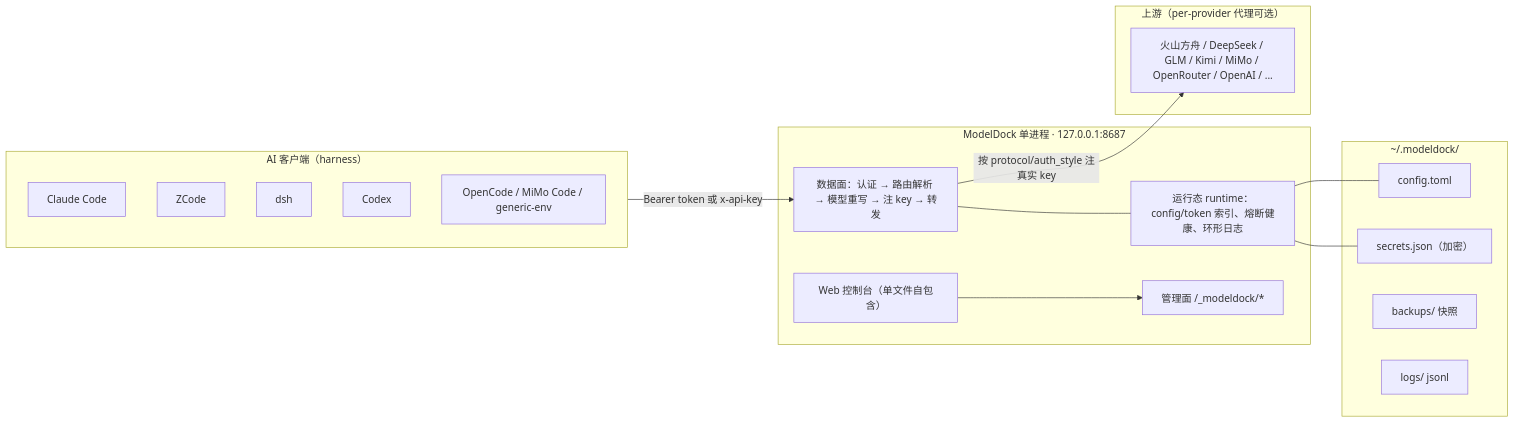
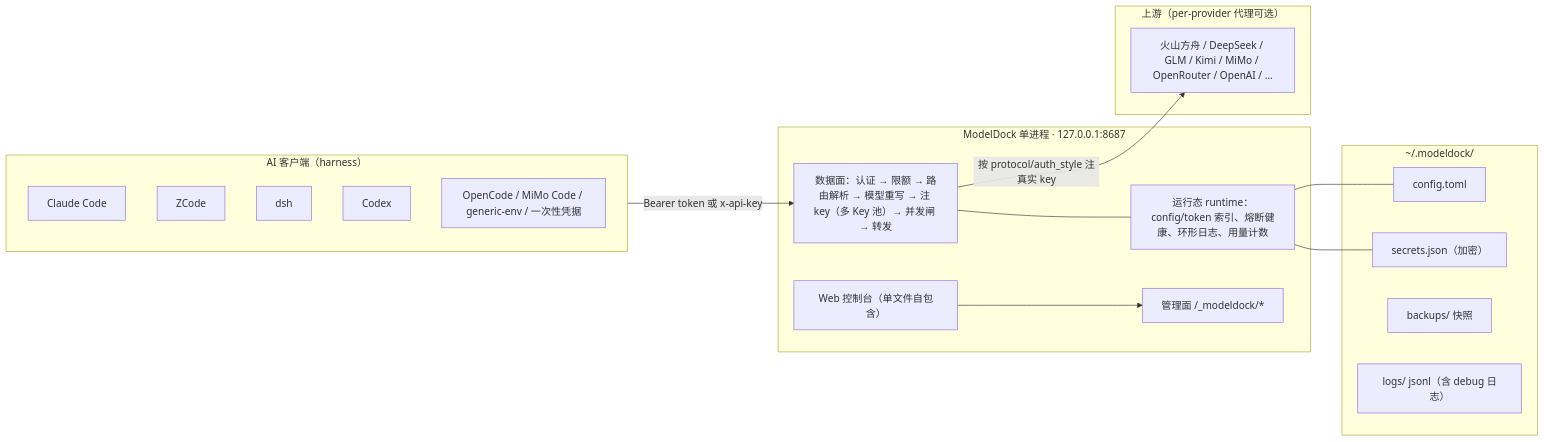
One commit to ObsidianTrine/model_dock changed the first of 4 diagrams in docs/design.md. Above: the diagram before and after it, drawn with Mermaid. The commit also changed other lines of this file, not shown here.

````diff
--- a/docs/design.md
+++ b/docs/design.md
@@ -120,35 +128,35 @@
 ```mermaid
 flowchart LR
     subgraph clients["AI 客户端（harness）"]
         CC["Claude Code"]
         ZC["ZCode"]
         DSH["dsh"]
         CX["Codex"]
-        OC["OpenCode / MiMo Code / generic-env"]
+        OC["OpenCode / MiMo Code / generic-env / 一次性凭据"]
     end
 
     subgraph md["ModelDock 单进程 · 127.0.0.1:8687"]
-        GW["数据面：认证 → 路由解析 → 模型重写 → 注 key → 转发"]
+        GW["数据面：认证 → 限额 → 路由解析 → 模型重写 → 注 key（多 Key 池）→ 并发闸 → 转发"]
         ADM["管理面 /_modeldock/*"]
         UI["Web 控制台（单文件自包含）"]
-        RT["运行态 runtime：config/token 索引、熔断健康、环形日志"]
+        RT["运行态 runtime：config/token 索引、熔断健康、环形日志、用量计数"]
     end
 
     subgraph store["~/.modeldock/"]
         CFG["config.toml"]
         SEC["secrets.json（加密）"]
         BAK["backups/ 快照"]
-        LOG["logs/ jsonl"]
+        LOG["logs/ jsonl（含 debug 日志）"]
     end
 
     subgraph upstream["上游（per-provider 代理可选）"]
         UP["火山方舟 / DeepSeek / GLM / Kimi / MiMo / OpenRouter / OpenAI / ..."]
     end
 
     clients -->|"Bearer token 或 x-api-key"| GW
     GW -->|"按 protocol/auth_style 注真实 key"| UP
     UI --> ADM
     RT --- CFG
     RT --- SEC
     GW --- RT
 ```
````
